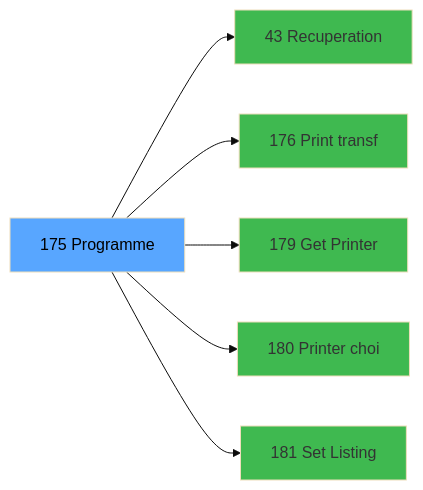
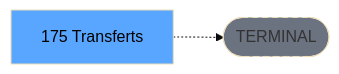
Before and after one commit to thonyAGP/lecteur-magic: the third of 3 diagrams in .openspec/renders/ADH-IDE-175.md, drawn with Mermaid (base theme). The commit also changed other lines of this file and 701 other files, not shown here.

````diff
--- a/.openspec/renders/ADH-IDE-175.md
+++ b/.openspec/renders/ADH-IDE-175.md
@@ -126,20 +136,8 @@
 ```mermaid
 graph LR
-    T[175 Programme]
-    C43[43 Recuperation]
-    T --> C43
-    C176[176 Print transf]
-    T --> C176
-    C179[179 Get Printer]
-    T --> C179
-    C180[180 Printer choi]
-    T --> C180
-    C181[181 Set Listing ]
-    T --> C181
+    T[175 Transferts]
+    TERM([TERMINAL])
+    T -.-> TERM
+    style TERM fill:#6b7280,stroke-dasharray: 5 5
     style T fill:#58a6ff,color:#000
-    style C43 fill:#3fb950
-    style C176 fill:#3fb950
-    style C179 fill:#3fb950
-    style C180 fill:#3fb950
-    style C181 fill:#3fb950
 ```
````
